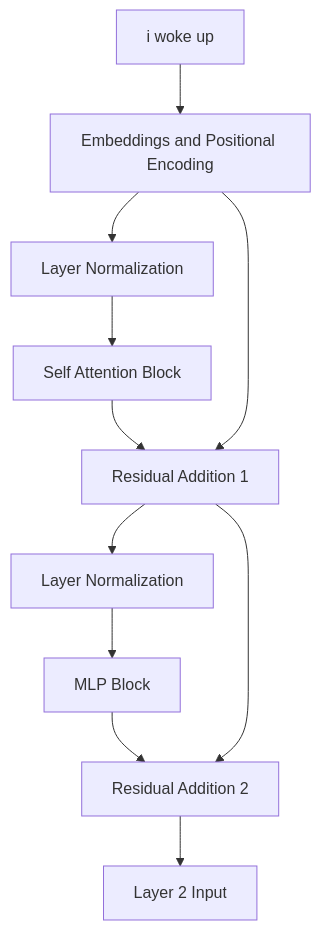
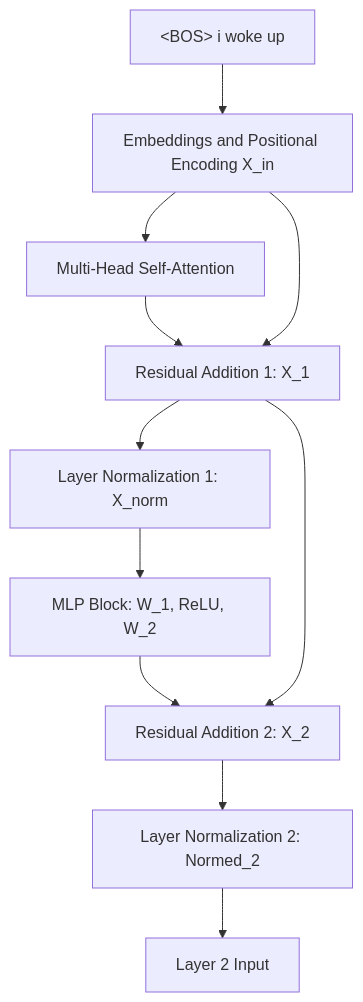
Before and after one commit to Lyd1aCla1r3/lyd1acla1r3.github.io: the diagram in blog/content/series/transformers/chapter_12.md, drawn with Mermaid. The commit also changed other lines of this file and 243 other files, not shown here.

````diff
--- a/blog/content/series/transformers/chapter_12.md
+++ b/blog/content/series/transformers/chapter_12.md
@@ -109,13 +105,13 @@
 ```mermaid
 graph TD
-    A["<BOS> i woke up"] --> B["Embeddings and Positional Encoding"]
-    B --> C["Layer Normalization"]
-    C --> D["Self Attention Block"]
-    D --> E["Residual Addition 1"]
-    B --> E
-    E --> F["Layer Normalization"]
-    F --> G["MLP Block"]
-    G --> H["Residual Addition 2"]
-    E --> H
+    A["&lt;BOS&gt; i woke up"] --> B["Embeddings and Positional Encoding X_in"]
+    B --> C["Multi-Head Self-Attention"]
+    C --> D["Residual Addition 1: X_1"]
+    B --> D
+    D --> E["Layer Normalization 1: X_norm"]
+    E --> F["MLP Block: W_1, ReLU, W_2"]
+    F --> G["Residual Addition 2: X_2"]
+    D --> G
+    G --> H["Layer Normalization 2: Normed_2"]
     H --> I["Layer 2 Input"]
 ```
````
